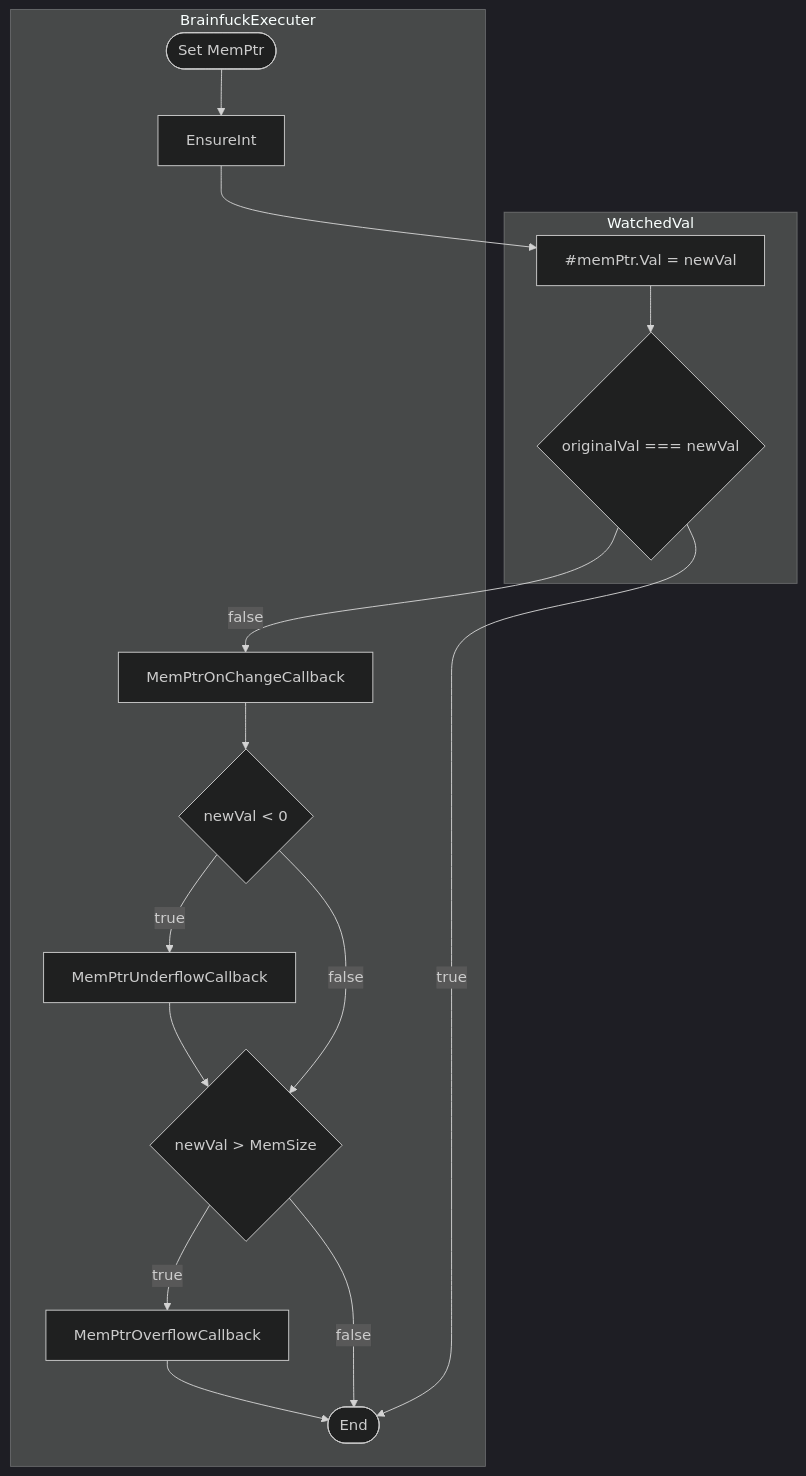
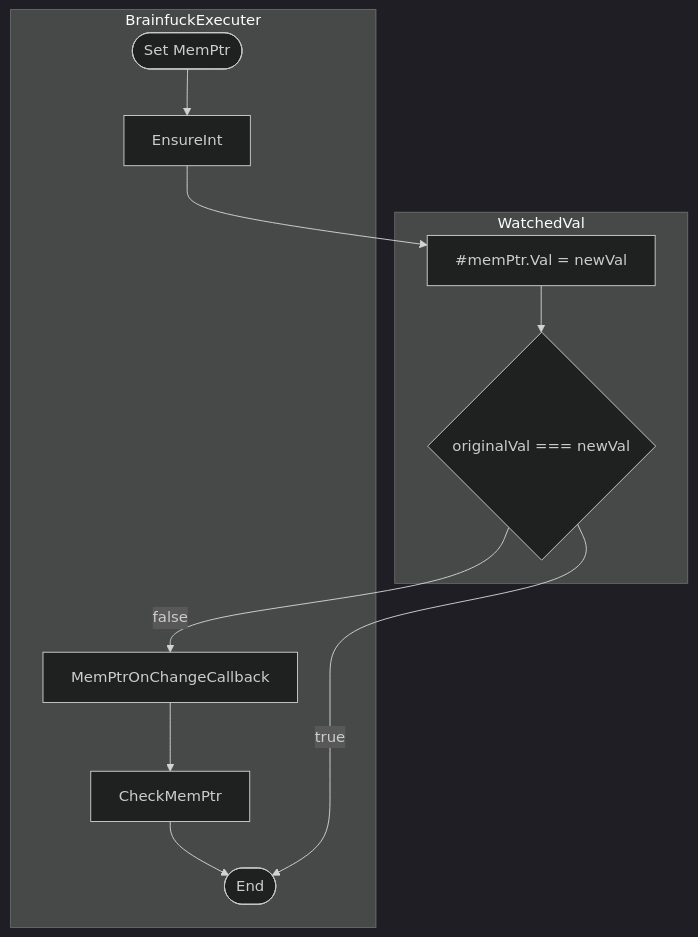
One commit to BCS21090011/BrainFucker changed the fourth of 26 diagrams in src/Classes_Info/BrainfuckExecuter.md. Above: the diagram before and after it, drawn with Mermaid (dark theme). The commit also changed other lines of this file, not shown here.

Commit message:
Ammended some charts.

````diff
--- a/src/Classes_Info/BrainfuckExecuter.md
+++ b/src/Classes_Info/BrainfuckExecuter.md
@@ -184,48 +184,33 @@
     ```mermaid
     flowchart
         subgraph WatchedVal
             SetMemPtr[#memPtr.Val = newVal]
             WatchedValCheckSameVal{originalVal === newVal}
         end
 
         subgraph BrainfuckExecuter
             Start([Set MemPtr])
             EnsureInt
             MemPtrOnChangeCallback
-            IsNewValUnderflow{newVal < 0}
-            MemPtrUnderflowCallback
-            IsNewValOverflow{newVal > MemSize}
-            MemPtrOverflowCallback
+            CheckMemPtr
             End([End])
         end
 
         Start
         -->
         EnsureInt
         -->
         SetMemPtr
         -->
         WatchedValCheckSameVal
         --false-->
         MemPtrOnChangeCallback
         -->
-        IsNewValUnderflow
-        --true-->
-        MemPtrUnderflowCallback
-        -->
-        IsNewValOverflow
-        --true-->
-        MemPtrOverflowCallback
+        CheckMemPtr
         -->
         End
         
         WatchedValCheckSameVal
         --true-->
         End
-
-        IsNewValUnderflow
-        --false-->
-        IsNewValOverflow
-        --false-->
-        End
     ```
````
